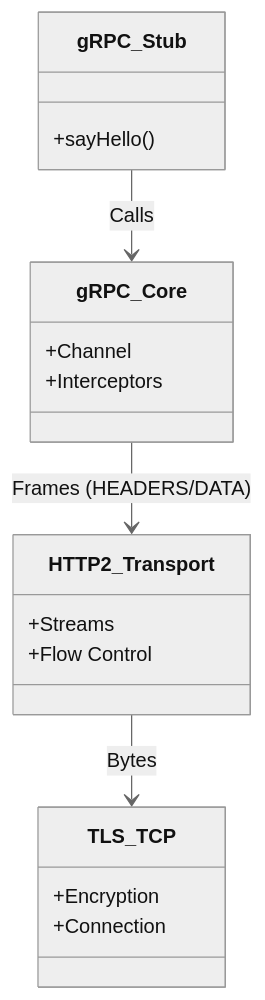
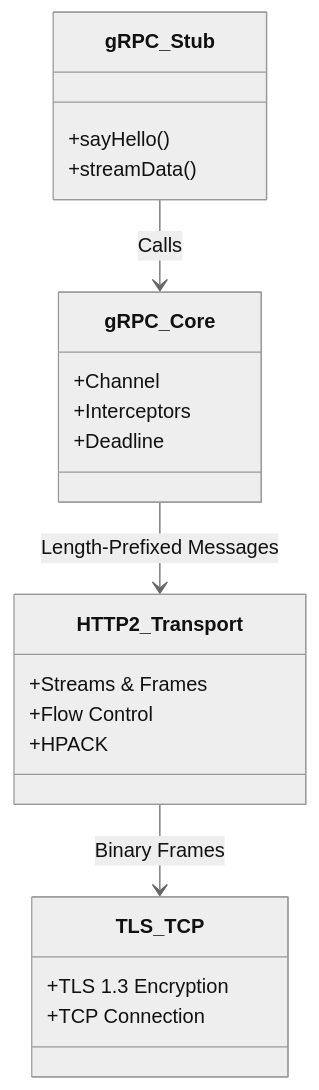
One commit to RainLib/blog changed the fifth of 6 diagrams in blog/2026-02-09-grpc-protocol.mdx. Above: the diagram before and after it, drawn with Mermaid (neutral theme). The commit also changed other lines of this file and 6 other files, not shown here.

````diff
--- a/blog/2026-02-09-grpc-protocol.mdx
+++ b/blog/2026-02-09-grpc-protocol.mdx
@@ -125,22 +293,25 @@
 ```mermaid
 classDiagram
     class gRPC_Stub {
         +sayHello()
+        +streamData()
     }
     class gRPC_Core {
         +Channel
         +Interceptors
+        +Deadline
     }
     class HTTP2_Transport {
-        +Streams
+        +Streams & Frames
         +Flow Control
+        +HPACK
     }
     class TLS_TCP {
-        +Encryption
-        +Connection
+        +TLS 1.3 Encryption
+        +TCP Connection
     }
 
     gRPC_Stub --> gRPC_Core : Calls
-    gRPC_Core --> HTTP2_Transport : Frames (HEADERS/DATA)
-    HTTP2_Transport --> TLS_TCP : Bytes
+    gRPC_Core --> HTTP2_Transport : Length-Prefixed Messages
+    HTTP2_Transport --> TLS_TCP : Binary Frames
 ```
````
